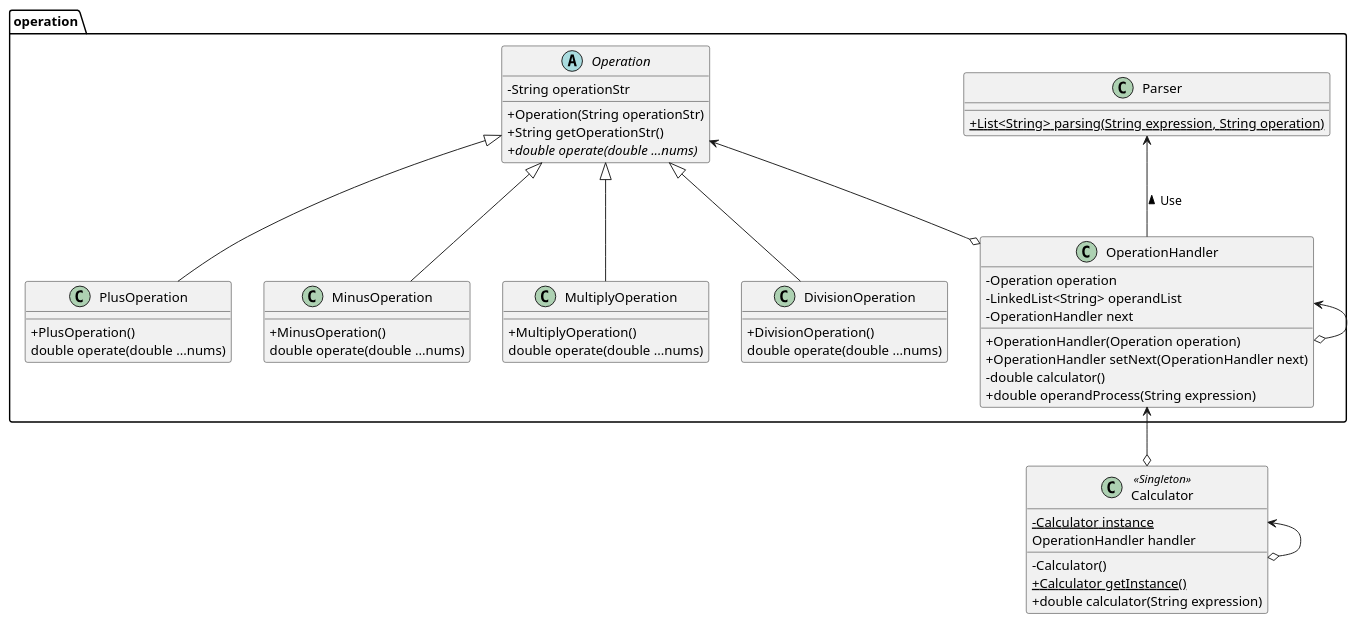
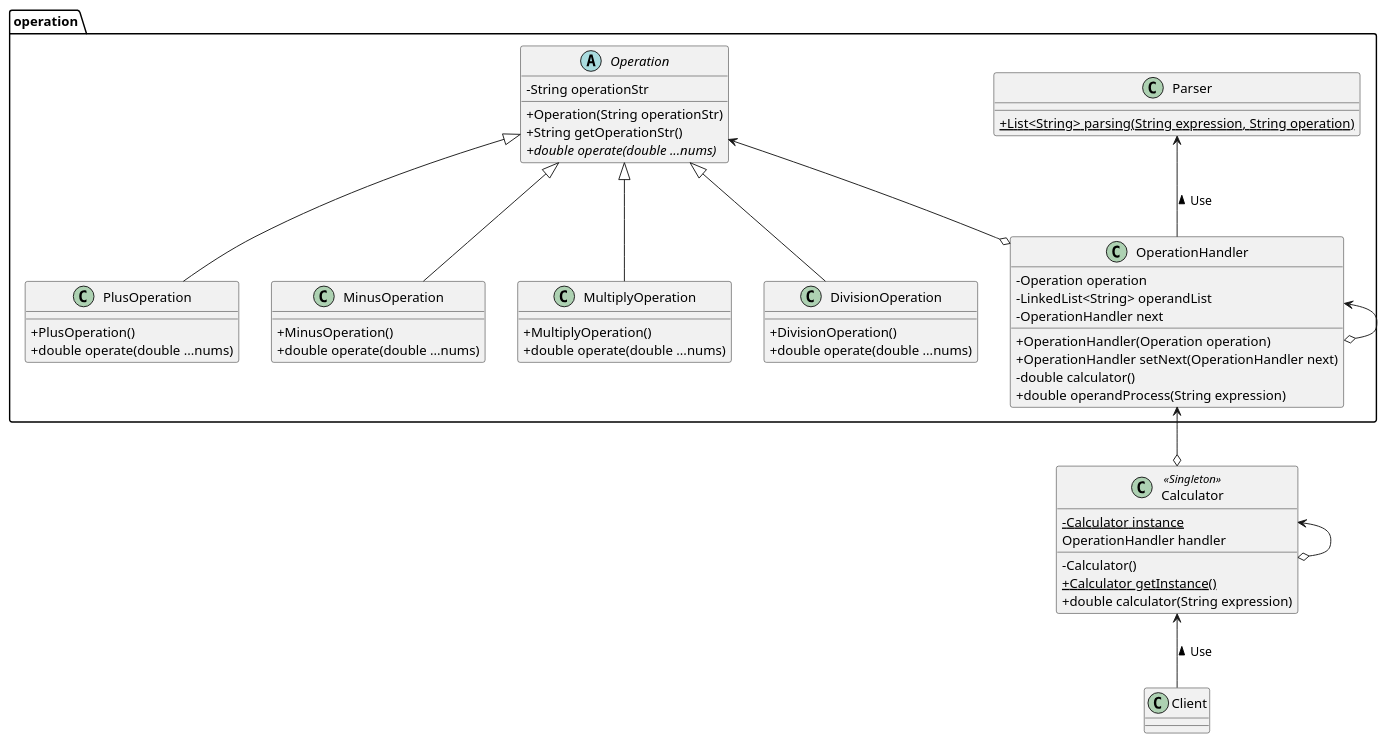
The diagram in plantuml/designpattern/concept-facade-2.plantuml (windowforsun/blog), drawn with PlantUML before and after one commit.

Commit message:
facade 패턴 관련 클래스 다이어그램 수정

```diff
--- a/plantuml/designpattern/concept-facade-2.plantuml
+++ b/plantuml/designpattern/concept-facade-2.plantuml
@@ -1,73 +1,75 @@
 @startuml
 skinparam classAttributeIconSize 0
 
 class Calculator << Singleton >> {
 	- {static} Calculator instance
 	OperationHandler handler
 
 	-Calculator()
 	+{static} Calculator getInstance()
 	+ double calculator(String expression)
 }
 
 
 package operation {
 class Parser {
 	+ {static} List<String> parsing(String expression, String operation)
 }
 
 class OperationHandler {
 	-Operation operation
 	-LinkedList<String> operandList
 	-OperationHandler next
 
 	+OperationHandler(Operation operation)
 	+OperationHandler setNext(OperationHandler next)
 	-double calculator()
 	+double operandProcess(String expression)
 }
 
 
 abstract class Operation {
 	- String operationStr
 
 	+Operation(String operationStr)
 	+String getOperationStr()
 	+ {abstract} double operate(double ...nums)
 }
 
 class PlusOperation {
 	+ PlusOperation()
-	double operate(double ...nums)
+	+double operate(double ...nums)
 }
 
 class MinusOperation {
 	+ MinusOperation()
-	double operate(double ...nums)
+	+double operate(double ...nums)
 }
 
 class MultiplyOperation {
 	+ MultiplyOperation()
-	double operate(double ...nums)
+	+double operate(double ...nums)
 }
 
 class DivisionOperation {
 	+ DivisionOperation()
-	double operate(double ...nums)
+	+double operate(double ...nums)
 }
 }
 
 
 Operation <|-- PlusOperation
 Operation <|-- MinusOperation
 Operation <|-- MultiplyOperation
 Operation <|-- DivisionOperation
 
 Calculator <--o Calculator
+Calculator <-- Client : Use <
+
 OperationHandler <--o OperationHandler
 OperationHandler <-down-o Calculator
 Parser <-down- OperationHandler : Use <
 Operation <--o OperationHandler
 
 
 @enduml
```
